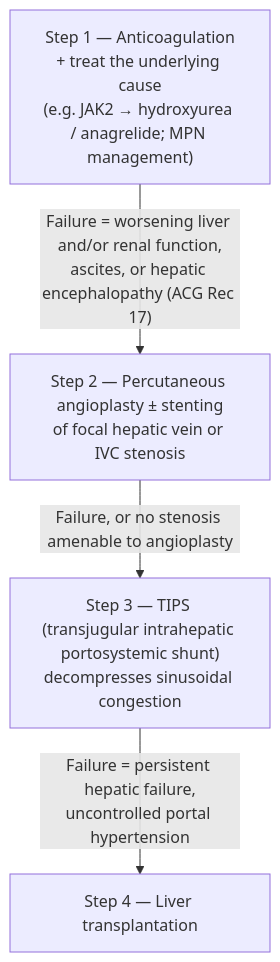
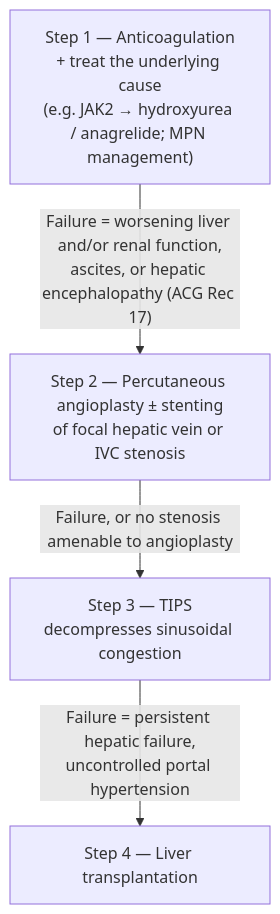
Before and after one commit to KHNickLeMD/KHNL-GI-Wiki: the diagram in KHNL-GI-Wiki/wiki/1-disease-scripts/hepatology-diseases/budd-chiari-syndrome.md, drawn with Mermaid. The commit also changed other lines of this file and 620 other files, not shown here.

````diff
--- a/KHNL-GI-Wiki/wiki/1-disease-scripts/hepatology-diseases/budd-chiari-syndrome.md
+++ b/KHNL-GI-Wiki/wiki/1-disease-scripts/hepatology-diseases/budd-chiari-syndrome.md
@@ -128,10 +128,10 @@
 ```mermaid
 flowchart TD
     S1["Step 1 — Anticoagulation<br/>+ treat the underlying cause<br/>(e.g. JAK2 → hydroxyurea / anagrelide; MPN management)"]
     S2["Step 2 — Percutaneous angioplasty ± stenting<br/>of focal hepatic vein or IVC stenosis"]
-    S3["Step 3 — TIPS (transjugular intrahepatic portosystemic shunt)<br/>decompresses sinusoidal congestion"]
+    S3["Step 3 — TIPS<br/>decompresses sinusoidal congestion"]
     S4["Step 4 — Liver transplantation"]
     S1 -->|"Failure = worsening liver and/or renal function,<br/>ascites, or hepatic encephalopathy (ACG Rec 17)"| S2
     S2 -->|"Failure, or no stenosis amenable to angioplasty"| S3
     S3 -->|"Failure = persistent hepatic failure,<br/>uncontrolled portal hypertension"| S4
 ```
````
